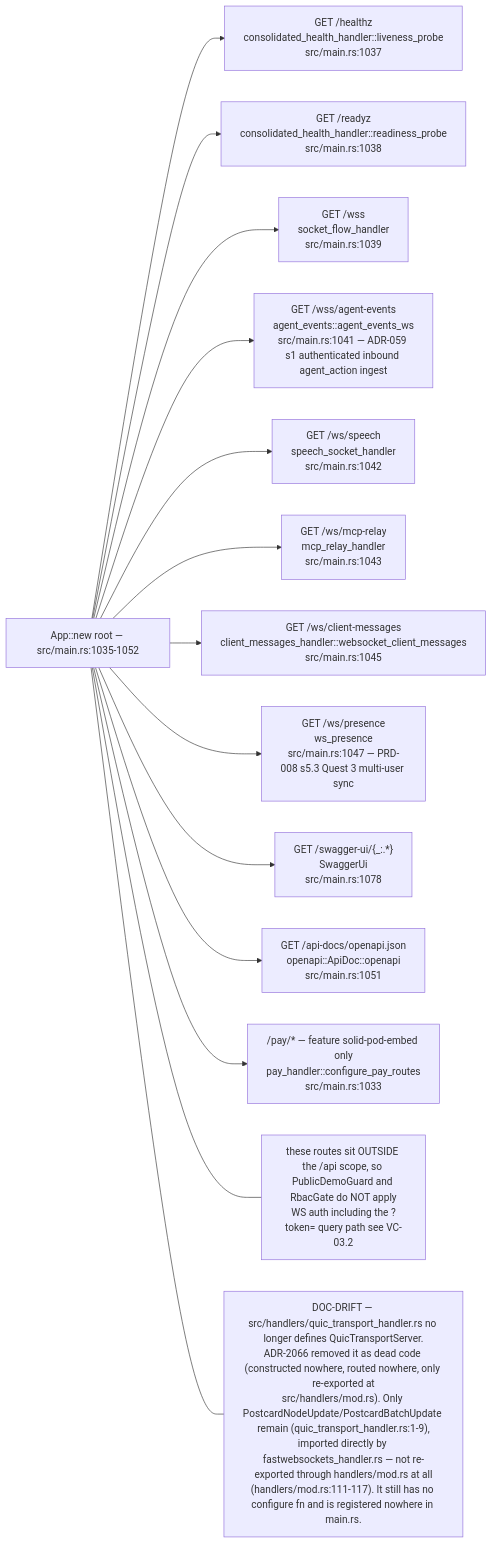
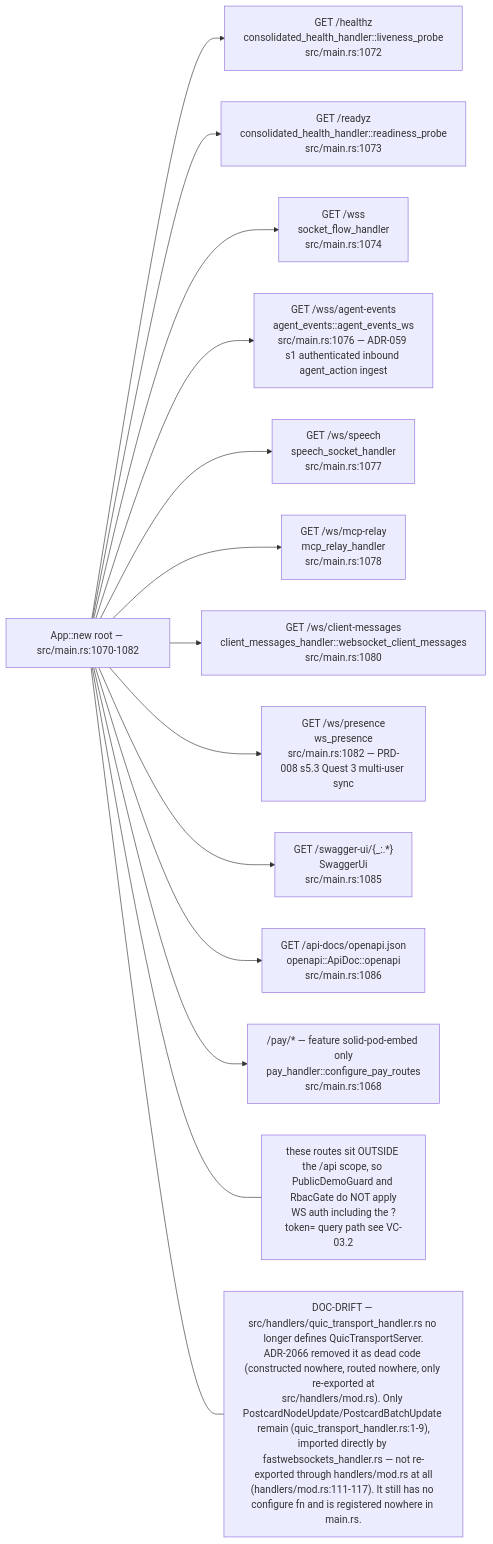
One commit to DreamLab-AI/VisionFlow changed the ninth of 15 diagrams in docs/diagrams/visionclaw/01-boot-and-app-state.md. Above: the diagram before and after it, drawn with Mermaid. The commit also changed other lines of this file and 32 other files, not shown here.

````diff
--- a/docs/diagrams/visionclaw/01-boot-and-app-state.md
+++ b/docs/diagrams/visionclaw/01-boot-and-app-state.md
@@ -391,19 +391,19 @@
 ```mermaid
 flowchart LR
-    ROOT["App::new root — src/main.rs:1035-1052"]
-    ROOT --> H1["GET /healthz<br/>consolidated_health_handler::liveness_probe<br/>src/main.rs:1037"]
-    ROOT --> H2["GET /readyz<br/>consolidated_health_handler::readiness_probe<br/>src/main.rs:1038"]
-    ROOT --> W1["GET /wss<br/>socket_flow_handler<br/>src/main.rs:1039"]
-    ROOT --> W2["GET /wss/agent-events<br/>agent_events::agent_events_ws<br/>src/main.rs:1041 — ADR-059 s1 authenticated inbound agent_action ingest"]
-    ROOT --> W3["GET /ws/speech<br/>speech_socket_handler<br/>src/main.rs:1042"]
-    ROOT --> W4["GET /ws/mcp-relay<br/>mcp_relay_handler<br/>src/main.rs:1043"]
-    ROOT --> W5["GET /ws/client-messages<br/>client_messages_handler::websocket_client_messages<br/>src/main.rs:1045"]
-    ROOT --> W6["GET /ws/presence<br/>ws_presence<br/>src/main.rs:1047 — PRD-008 s5.3 Quest 3 multi-user sync"]
-    ROOT --> O1["GET /swagger-ui/{_:.*}<br/>SwaggerUi<br/>src/main.rs:1078"]
-    ROOT --> O2["GET /api-docs/openapi.json<br/>openapi::ApiDoc::openapi<br/>src/main.rs:1051"]
-    ROOT --> PAY["/pay/* — feature solid-pod-embed only<br/>pay_handler::configure_pay_routes<br/>src/main.rs:1033"]
+    ROOT["App::new root — src/main.rs:1070-1082"]
+    ROOT --> H1["GET /healthz<br/>consolidated_health_handler::liveness_probe<br/>src/main.rs:1072"]
+    ROOT --> H2["GET /readyz<br/>consolidated_health_handler::readiness_probe<br/>src/main.rs:1073"]
+    ROOT --> W1["GET /wss<br/>socket_flow_handler<br/>src/main.rs:1074"]
+    ROOT --> W2["GET /wss/agent-events<br/>agent_events::agent_events_ws<br/>src/main.rs:1076 — ADR-059 s1 authenticated inbound agent_action ingest"]
+    ROOT --> W3["GET /ws/speech<br/>speech_socket_handler<br/>src/main.rs:1077"]
+    ROOT --> W4["GET /ws/mcp-relay<br/>mcp_relay_handler<br/>src/main.rs:1078"]
+    ROOT --> W5["GET /ws/client-messages<br/>client_messages_handler::websocket_client_messages<br/>src/main.rs:1080"]
+    ROOT --> W6["GET /ws/presence<br/>ws_presence<br/>src/main.rs:1082 — PRD-008 s5.3 Quest 3 multi-user sync"]
+    ROOT --> O1["GET /swagger-ui/{_:.*}<br/>SwaggerUi<br/>src/main.rs:1085"]
+    ROOT --> O2["GET /api-docs/openapi.json<br/>openapi::ApiDoc::openapi<br/>src/main.rs:1086"]
+    ROOT --> PAY["/pay/* — feature solid-pod-embed only<br/>pay_handler::configure_pay_routes<br/>src/main.rs:1068"]
     N1["these routes sit OUTSIDE the /api scope, so PublicDemoGuard and RbacGate do NOT apply<br/>WS auth including the ?token= query path see VC-03.2"]
     ROOT --- N1
     N2["DOC-DRIFT — src/handlers/quic_transport_handler.rs no longer defines QuicTransportServer.<br/>ADR-2066 removed it as dead code (constructed nowhere, routed nowhere, only re-exported at<br/>src/handlers/mod.rs). Only PostcardNodeUpdate/PostcardBatchUpdate remain (quic_transport_handler.rs:1-9),<br/>imported directly by fastwebsockets_handler.rs — not re-exported through handlers/mod.rs at all<br/>(handlers/mod.rs:111-117). It still has no configure fn and is registered nowhere in main.rs."]
     ROOT --- N2
 ```
````
